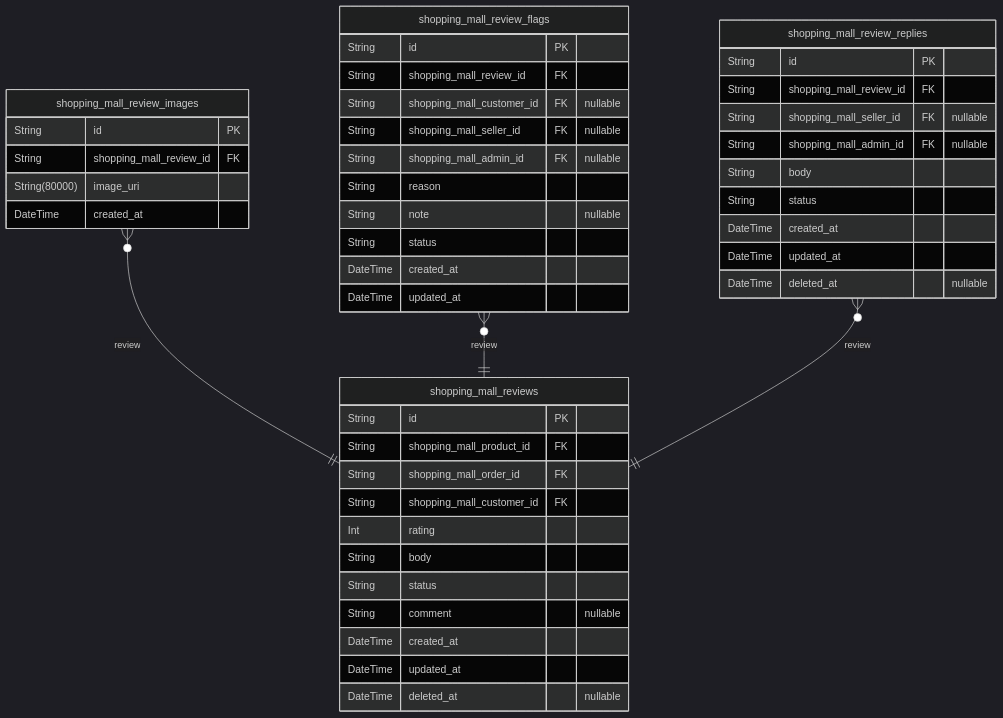
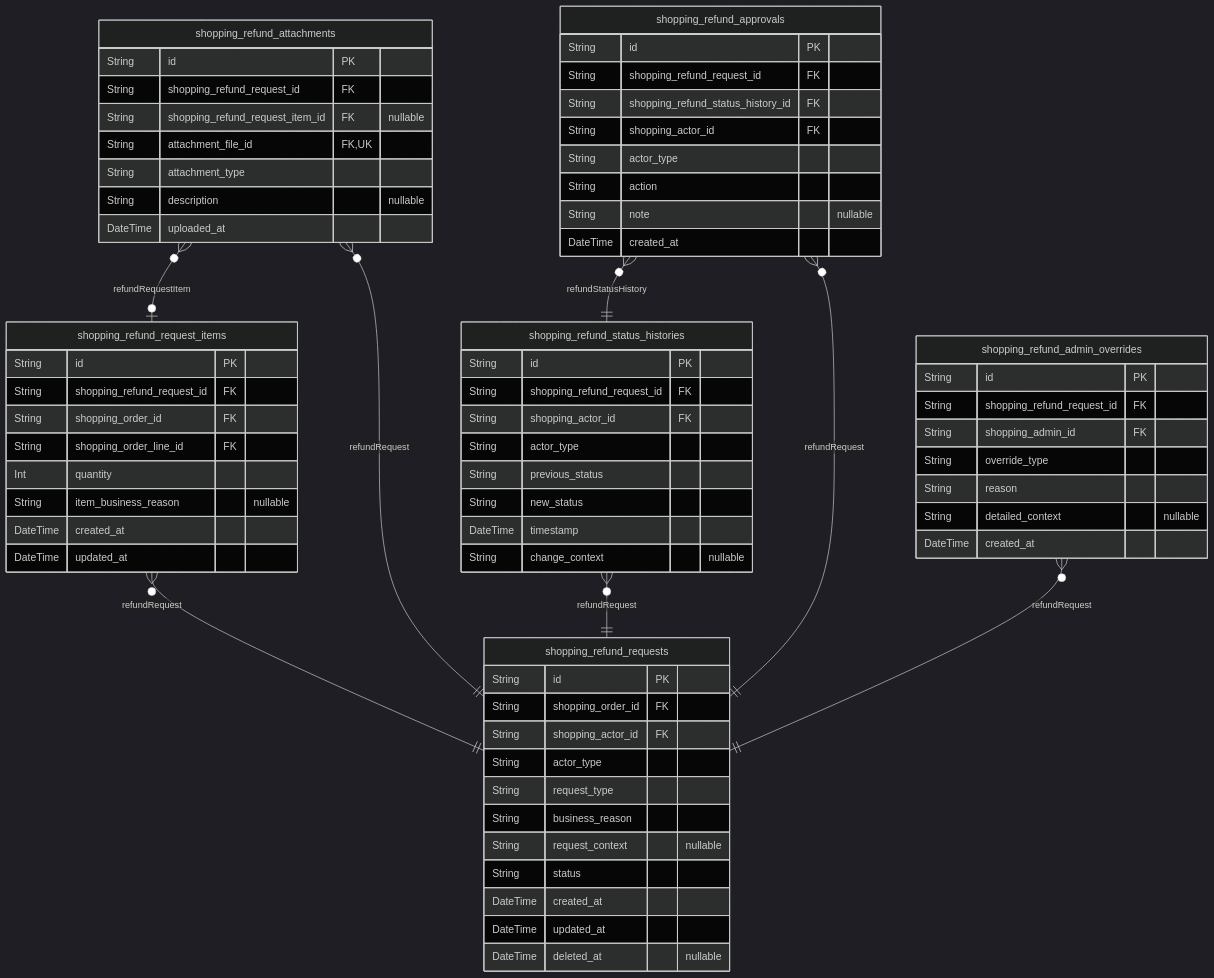
The seventh of 12 diagrams in openai/gpt-4.1/shopping/docs/ERD.md (wrtnlabs/autobe-examples), drawn with Mermaid (dark theme) before and after one commit. The commit also changed other lines of this file and 16146 other files, not shown here.

````diff
--- a/openai/gpt-4.1/shopping/docs/ERD.md
+++ b/openai/gpt-4.1/shopping/docs/ERD.md
@@ -1243,48 +1419,71 @@
 ```mermaid
 erDiagram
-"shopping_mall_reviews" {
+"shopping_refund_requests" {
   String id PK
-  String shopping_mall_product_id FK
-  String shopping_mall_order_id FK
-  String shopping_mall_customer_id FK
-  Int rating
-  String body
-  String status
-  String comment "nullable"
-  DateTime created_at
-  DateTime updated_at
-  DateTime deleted_at "nullable"
-}
-"shopping_mall_review_images" {
-  String id PK
-  String shopping_mall_review_id FK
-  String(80000) image_uri
-  DateTime created_at
-}
-"shopping_mall_review_flags" {
-  String id PK
-  String shopping_mall_review_id FK
-  String shopping_mall_customer_id FK "nullable"
-  String shopping_mall_seller_id FK "nullable"
-  String shopping_mall_admin_id FK "nullable"
-  String reason
-  String note "nullable"
-  String status
-  DateTime created_at
-  DateTime updated_at
-}
-"shopping_mall_review_replies" {
-  String id PK
-  String shopping_mall_review_id FK
-  String shopping_mall_seller_id FK "nullable"
-  String shopping_mall_admin_id FK "nullable"
-  String body
+  String shopping_order_id FK
+  String shopping_actor_id FK
+  String actor_type
+  String request_type
+  String business_reason
+  String request_context "nullable"
   String status
   DateTime created_at
   DateTime updated_at
   DateTime deleted_at "nullable"
 }
-"shopping_mall_review_images" }o--|| "shopping_mall_reviews" : review
-"shopping_mall_review_flags" }o--|| "shopping_mall_reviews" : review
-"shopping_mall_review_replies" }o--|| "shopping_mall_reviews" : review
+"shopping_refund_request_items" {
+  String id PK
+  String shopping_refund_request_id FK
+  String shopping_order_id FK
+  String shopping_order_line_id FK
+  Int quantity
+  String item_business_reason "nullable"
+  DateTime created_at
+  DateTime updated_at
+}
+"shopping_refund_attachments" {
+  String id PK
+  String shopping_refund_request_id FK
+  String shopping_refund_request_item_id FK "nullable"
+  String attachment_file_id FK,UK
+  String attachment_type
+  String description "nullable"
+  DateTime uploaded_at
+}
+"shopping_refund_status_histories" {
+  String id PK
+  String shopping_refund_request_id FK
+  String shopping_actor_id FK
+  String actor_type
+  String previous_status
+  String new_status
+  DateTime timestamp
+  String change_context "nullable"
+}
+"shopping_refund_approvals" {
+  String id PK
+  String shopping_refund_request_id FK
+  String shopping_refund_status_history_id FK
+  String shopping_actor_id FK
+  String actor_type
+  String action
+  String note "nullable"
+  DateTime created_at
+}
+"shopping_refund_admin_overrides" {
+  String id PK
+  String shopping_refund_request_id FK
+  String shopping_admin_id FK
+  String override_type
+  String reason
+  String detailed_context "nullable"
+  DateTime created_at
+}
+"shopping_refund_request_items" }o--|| "shopping_refund_requests" : refundRequest
+"shopping_refund_attachments" }o--|| "shopping_refund_requests" : refundRequest
+"shopping_refund_attachments" }o--o| "shopping_refund_request_items" : refundRequestItem
+"shopping_refund_status_histories" }o--|| "shopping_refund_requests" : refundRequest
+"shopping_refund_approvals" }o--|| "shopping_refund_requests" : refundRequest
+"shopping_refund_approvals" }o--|| "shopping_refund_status_histories" : refundStatusHistory
+"shopping_refund_admin_overrides" }o--|| "shopping_refund_requests" : refundRequest
 ```
````
